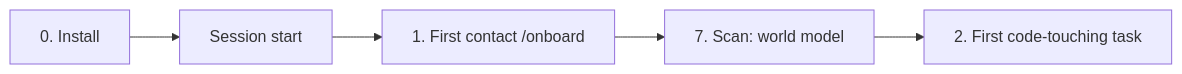
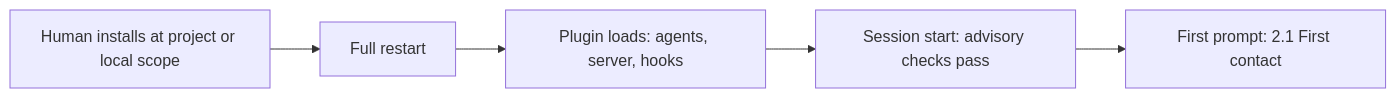
Before and after one commit to trustmybot/plugin: the first of 17 diagrams in docs/architecture/FLOWS.md, drawn with Mermaid. The commit also changed other lines of this file and 62 other files, not shown here.

First line of the commit message:
📝 docs(architecture): reading guide, three layers, slim to design (GH 3139) (#3140)

````diff
--- a/docs/architecture/FLOWS.md
+++ b/docs/architecture/FLOWS.md
@@ -75,7 +35,7 @@
 ```mermaid
 flowchart LR
-    I[0. Install] --> S[Session start]
-    S --> F[1. First contact /onboard]
-    F --> W[7. Scan: world model]
-    W --> T[2. First code-touching task]
+    A[Human installs at project or local scope] --> B[Full restart]
+    B --> C[Plugin loads: agents, server, hooks]
+    C --> D[Session start: advisory checks pass]
+    D --> E[First prompt: 2.1 First contact]
 ```
````
